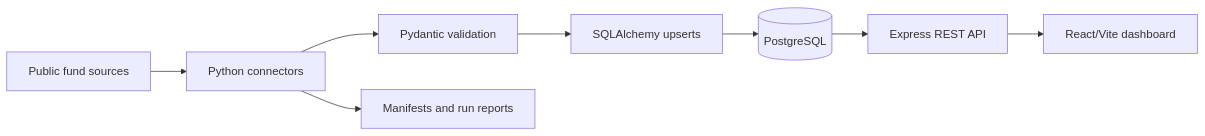
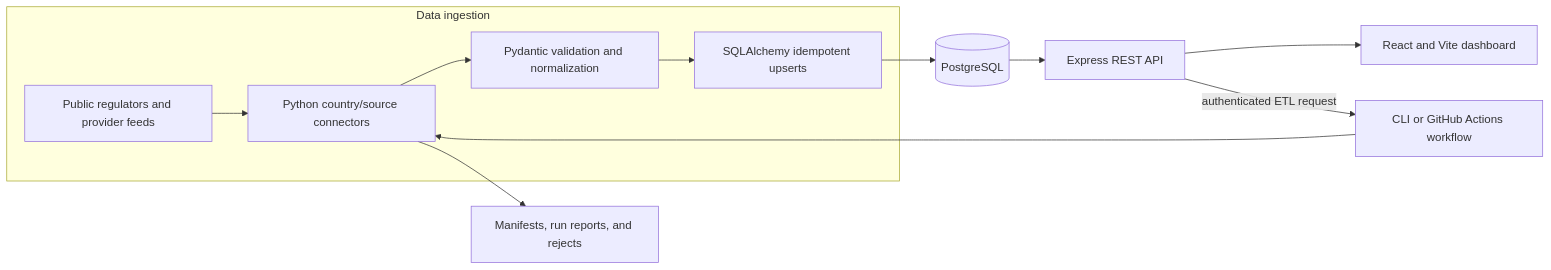
The first of 3 diagrams in README.md (Ansari-Maaz/Mutual-Funds-ETL-Pipeline), drawn with Mermaid before and after one commit. The commit also changed other lines of this file and 33 other files, not shown here.

````diff
--- a/README.md
+++ b/README.md
@@ -21,10 +54,14 @@
 ```mermaid
 flowchart LR
-    Sources[Public fund sources] --> Connectors[Python connectors]
-    Connectors --> Validate[Pydantic validation]
-    Validate --> Load[SQLAlchemy upserts]
-    Load --> PostgreSQL[(PostgreSQL)]
-    PostgreSQL --> API[Express REST API]
-    API --> Dashboard[React/Vite dashboard]
-    Connectors --> Reports[Manifests and run reports]
+  subgraph Ingestion[Data ingestion]
+    S[Public regulators and provider feeds] --> C[Python country/source connectors]
+    C --> V[Pydantic validation and normalization]
+    V --> U[SQLAlchemy idempotent upserts]
+  end
+  U --> DB[(PostgreSQL)]
+  DB --> API[Express REST API]
+  API --> UI[React and Vite dashboard]
+  T[CLI or GitHub Actions workflow] --> C
+  API -->|authenticated ETL request| T
+  C --> R[Manifests, run reports, and rejects]
 ```
````
